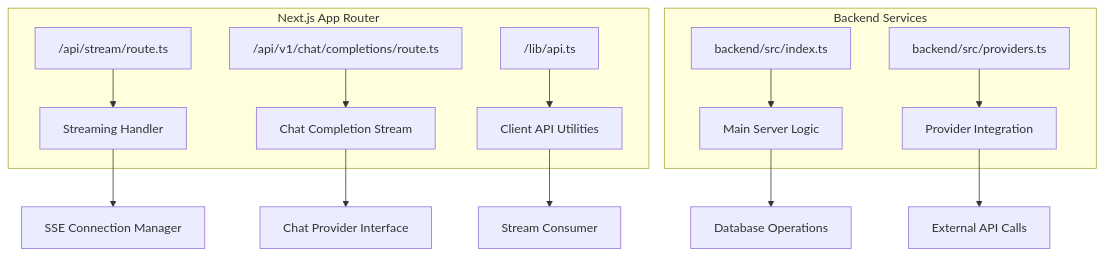
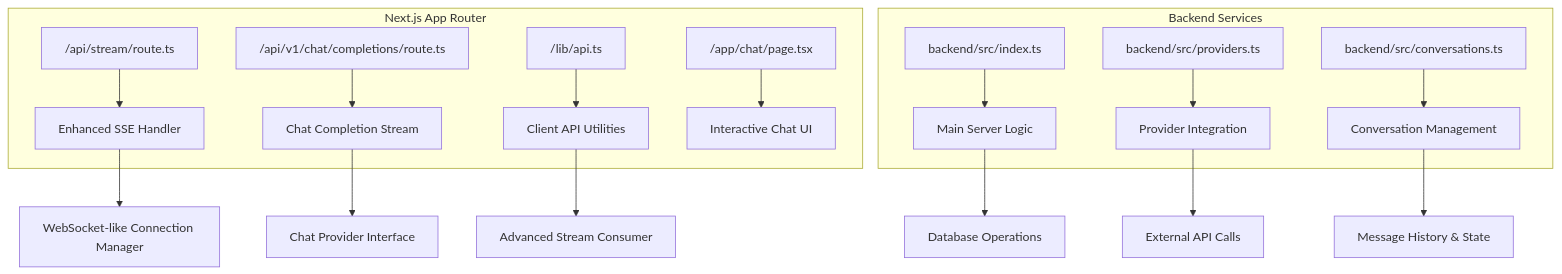
One commit to HassanAmeer/cheaprouter changed the first of 5 diagrams in .qoder/repowiki/en/content/API Reference/Streaming API.md. Above: the diagram before and after it, drawn with Mermaid. The commit also changed other lines of this file and 54 other files, not shown here.

````diff
--- a/.qoder/repowiki/en/content/API Reference/Streaming API.md
+++ b/.qoder/repowiki/en/content/API Reference/Streaming API.md
@@ -34,17 +42,20 @@
 ```mermaid
 graph TB
 subgraph "Next.js App Router"
-A["/api/stream/route.ts"] --> B["Streaming Handler"]
+A["/api/stream/route.ts"] --> B["Enhanced SSE Handler"]
 C["/api/v1/chat/completions/route.ts"] --> D["Chat Completion Stream"]
 E["/lib/api.ts"] --> F["Client API Utilities"]
+G["/app/chat/page.tsx"] --> H["Interactive Chat UI"]
 end
 subgraph "Backend Services"
-G["backend/src/index.ts"] --> H["Main Server Logic"]
-I["backend/src/providers.ts"] --> J["Provider Integration"]
+I["backend/src/index.ts"] --> J["Main Server Logic"]
+K["backend/src/providers.ts"] --> L["Provider Integration"]
+M["backend/src/conversations.ts"] --> N["Conversation Management"]
 end
-B --> K["SSE Connection Manager"]
-D --> L["Chat Provider Interface"]
-F --> M["Stream Consumer"]
-H --> N["Database Operations"]
-J --> O["External API Calls"]
+B --> O["WebSocket-like Connection Manager"]
+D --> P["Chat Provider Interface"]
+F --> Q["Advanced Stream Consumer"]
+J --> R["Database Operations"]
+L --> S["External API Calls"]
+N --> T["Message History & State"]
 ```
````
